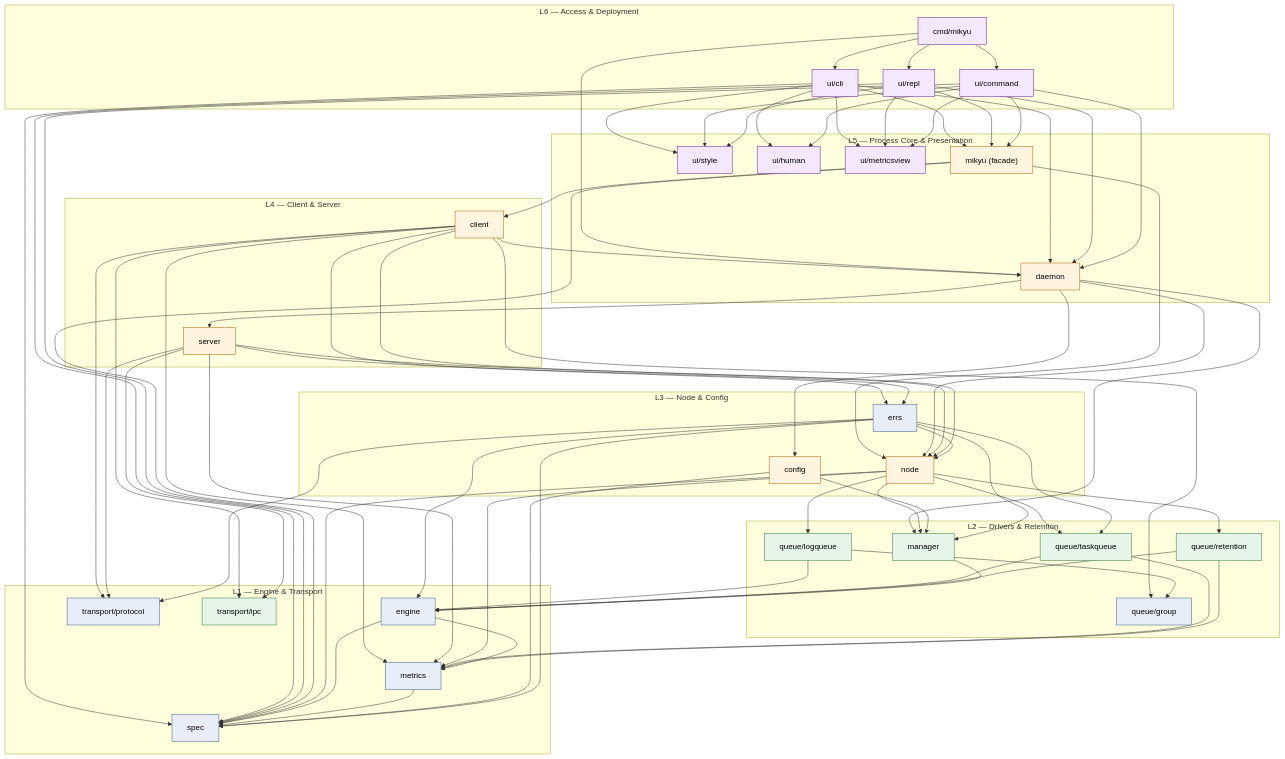
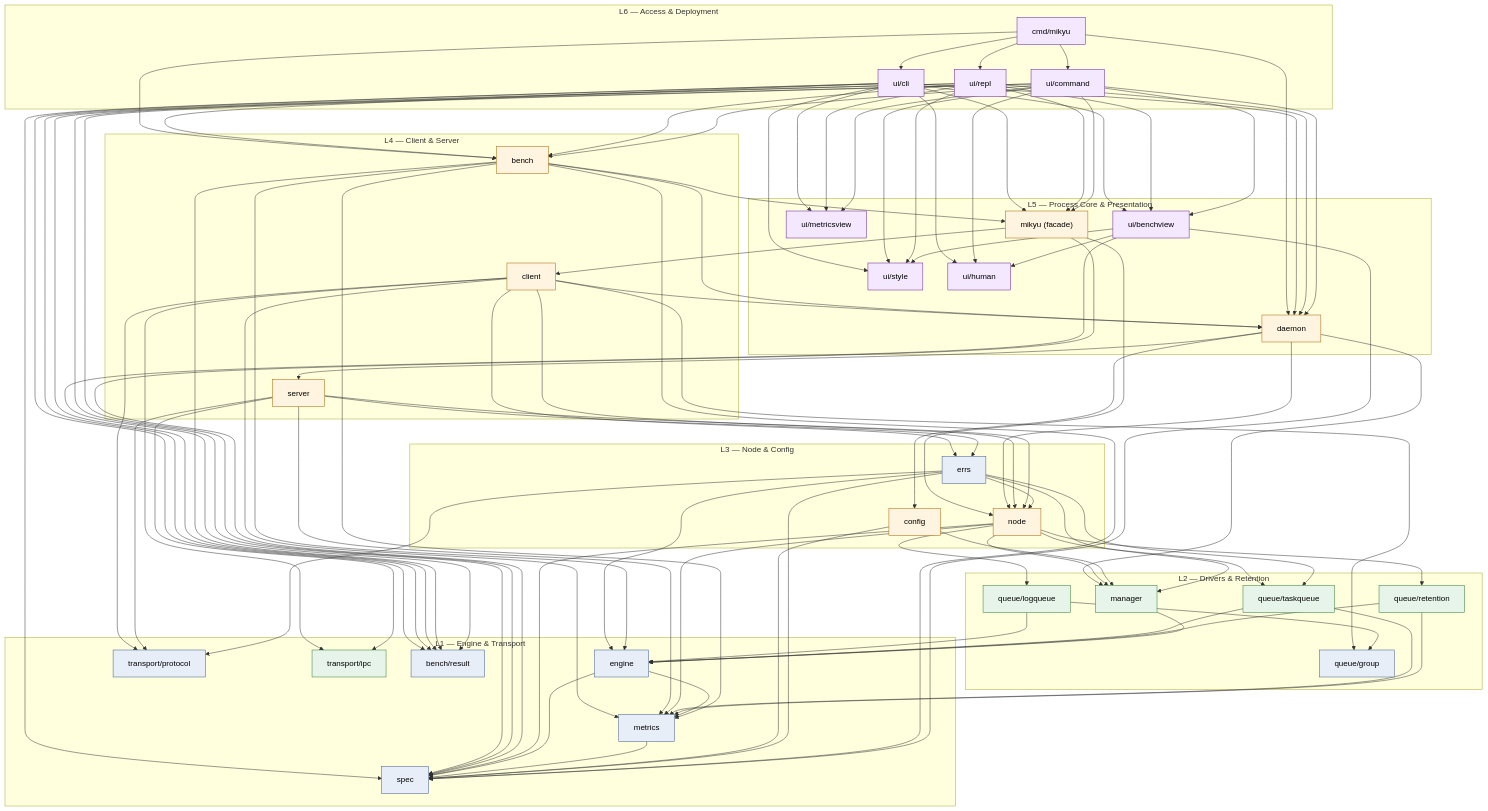
The diagram in AGENTS.md (dmunish/mikyu), drawn with Mermaid before and after one commit. The commit also changed other lines of this file, not shown here.

````diff
--- a/AGENTS.md
+++ b/AGENTS.md
@@ -117,62 +127,68 @@
 ```mermaid
 flowchart TB
   subgraph L6["L6 — Access & Deployment"]
     BIN["cmd/mikyu"]:::leaf
     CMD["ui/command"]:::leaf
     CLI["ui/cli"]:::leaf
     REPL["ui/repl"]:::leaf
   end
   subgraph L5["L5 — Process Core & Presentation"]
     DAEMON["daemon"]:::core
     MIKYU["mikyu (facade)"]:::core
     STYLE["ui/style"]:::leaf
     HUMAN["ui/human"]:::leaf
     MVIEW["ui/metricsview"]:::leaf
+    BVIEW["ui/benchview"]:::leaf
   end
   subgraph L4["L4 — Client & Server"]
     CLIENT["client"]:::core
     SERVER["server"]:::core
+    BENCH["bench"]:::core
   end
   subgraph L3["L3 — Node & Config"]
     NODE["node"]:::core
     CONFIG["config"]:::core
     ERRS["errs"]:::bottom
   end
   subgraph L2["L2 — Drivers & Retention"]
     LOGQ["queue/logqueue"]:::driver
     TASKQ["queue/taskqueue"]:::driver
     RET["queue/retention"]:::driver
     GROUP["queue/group"]:::bottom
     MGR["manager"]:::driver
   end
   subgraph L1["L1 — Engine & Transport"]
     ENG["engine"]:::bottom
     MET["metrics"]:::bottom
     PROTO["transport/protocol"]:::bottom
     IPC["transport/ipc"]:::driver
     SPEC["spec"]:::bottom
+    BRES["bench/result"]:::bottom
   end
 
-  BIN --> CLI & REPL & DAEMON & CMD
-  CLI & REPL & CMD --> MIKYU & DAEMON & SPEC & MVIEW
+  BIN --> CLI & REPL & DAEMON & CMD & BENCH
+  CLI & REPL & CMD --> MIKYU & DAEMON & SPEC & MVIEW & BVIEW & BENCH & BRES
   CLI & CMD --> STYLE & HUMAN
   REPL --> STYLE
   MIKYU --> CLIENT & NODE & SPEC
   DAEMON --> CONFIG & SERVER & NODE & MGR
   CLIENT --> NODE & PROTO & IPC & ERRS & MET & GROUP & DAEMON
   SERVER --> NODE & PROTO & IPC & ERRS & MET
   NODE --> MGR & LOGQ & TASKQ & RET & MET & SPEC
   LOGQ --> ENG & GROUP
   TASKQ --> ENG & MET
   RET --> ENG & MET
   ENG --> MET & SPEC
   MET --> SPEC
   MGR --> ENG
   CONFIG --> SPEC & MGR
   ERRS --> SPEC & ENG & MGR & NODE & TASKQ & PROTO
+  BENCH --> MIKYU & DAEMON & SPEC & ENG & MET
+  BENCH --> BRES
+  BVIEW --> BRES & SPEC & HUMAN & STYLE
 
   classDef bottom fill:#e8eef7,stroke:#3b5b8c,color:#000
   classDef driver fill:#e6f4ea,stroke:#2e7d32,color:#000
   classDef core fill:#fff4e0,stroke:#a86200,color:#000
   classDef leaf fill:#f3e8ff,stroke:#6a1b9a,color:#000
 ```
````
